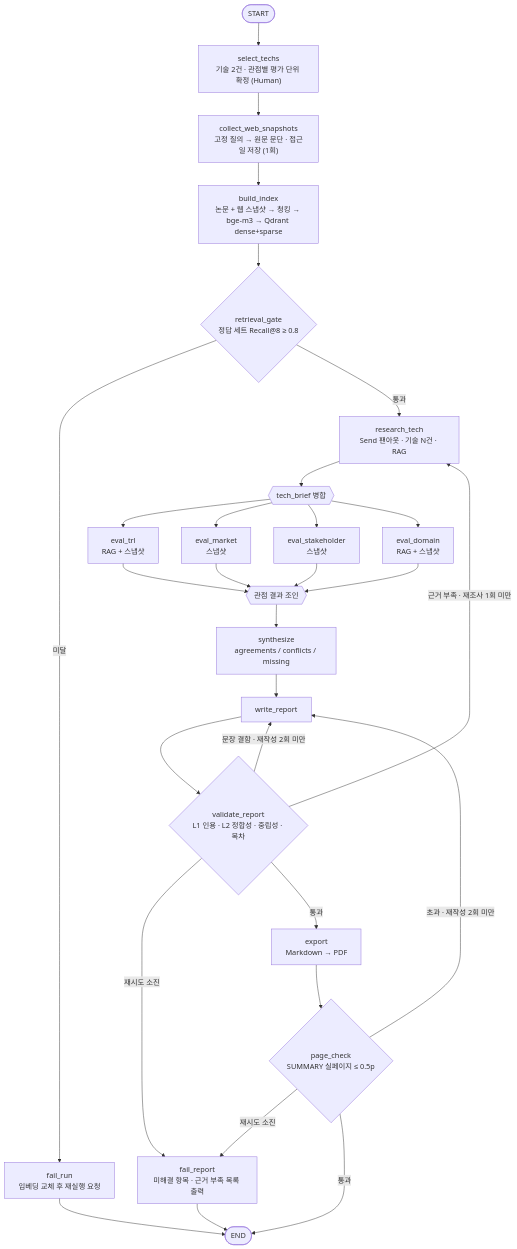
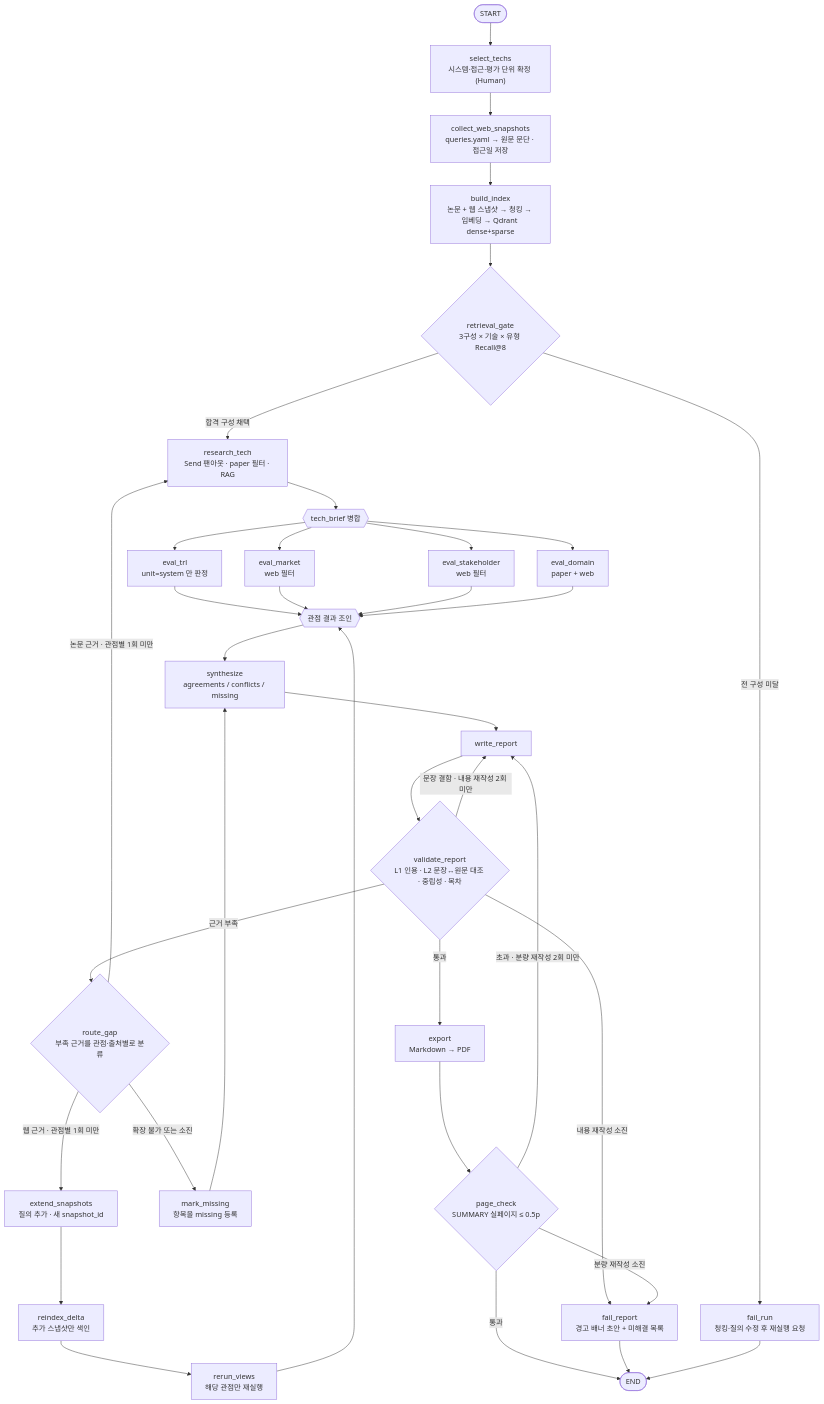
The diagram in docs/kv-cache-rag/설계산출물.md (zzl-hyun/I-Dont-Know-Seoul), drawn with Mermaid before and after one commit. The commit also changed other lines of this file, not shown here.

First line of the commit message:
docs(kv-cache-rag): 2차 검토의 닫히지 않은 구멍을 v3 에서 막는다

````diff
--- a/docs/kv-cache-rag/설계산출물.md
+++ b/docs/kv-cache-rag/설계산출물.md
@@ -403,38 +476,47 @@
 ```mermaid
 flowchart TD
-    S([START]) --> SEL["select_techs<br/>기술 2건 · 관점별 평가 단위 확정 (Human)"]
-    SEL --> SNAP["collect_web_snapshots<br/>고정 질의 → 원문 문단 · 접근일 저장 (1회)"]
-    SNAP --> IDX["build_index<br/>논문 + 웹 스냅샷 → 청킹 → bge-m3 → Qdrant dense+sparse"]
-    IDX --> GATE{"retrieval_gate<br/>정답 세트 Recall@8 ≥ 0.8"}
+    S([START]) --> SEL["select_techs<br/>시스템·접근·평가 단위 확정 (Human)"]
+    SEL --> SNAP["collect_web_snapshots<br/>queries.yaml → 원문 문단 · 접근일 저장"]
+    SNAP --> IDX["build_index<br/>논문 + 웹 스냅샷 → 청킹 → 임베딩 → Qdrant dense+sparse"]
+    IDX --> GATE{"retrieval_gate<br/>3구성 × 기술 × 유형 Recall@8"}
 
-    GATE -- "미달" --> FL["fail_run<br/>임베딩 교체 후 재실행 요청"]
-    GATE -- "통과" --> RT["research_tech<br/>Send 팬아웃 · 기술 N건 · RAG"]
+    GATE -- "전 구성 미달" --> FL["fail_run<br/>청킹·질의 수정 후 재실행 요청"]
+    GATE -- "합격 구성 채택" --> RT["research_tech<br/>Send 팬아웃 · paper 필터 · RAG"]
 
     RT --> JB{{"tech_brief 병합"}}
-    JB --> V1["eval_trl<br/>RAG + 스냅샷"]
-    JB --> V2["eval_market<br/>스냅샷"]
-    JB --> V3["eval_stakeholder<br/>스냅샷"]
-    JB --> V4["eval_domain<br/>RAG + 스냅샷"]
+    JB --> V1["eval_trl<br/>unit=system 만 판정"]
+    JB --> V2["eval_market<br/>web 필터"]
+    JB --> V3["eval_stakeholder<br/>web 필터"]
+    JB --> V4["eval_domain<br/>paper + web"]
 
     V1 --> JV{{"관점 결과 조인"}}
     V2 --> JV
     V3 --> JV
     V4 --> JV
 
     JV --> SY["synthesize<br/>agreements / conflicts / missing"]
     SY --> WR["write_report"]
-    WR --> VA{"validate_report<br/>L1 인용 · L2 정합성 · 중립성 · 목차"}
+    WR --> VA{"validate_report<br/>L1 인용 · L2 문장↔원문 대조 · 중립성 · 목차"}
 
-    VA -- "문장 결함 · 재작성 2회 미만" --> WR
-    VA -- "근거 부족 · 재조사 1회 미만" --> RT
-    VA -- "재시도 소진" --> FR["fail_report<br/>미해결 항목 · 근거 부족 목록 출력"]
+    VA -- "문장 결함 · 내용 재작성 2회 미만" --> WR
+    VA -- "근거 부족" --> GAP{"route_gap<br/>부족 근거를 관점·출처별로 분류"}
+    VA -- "내용 재작성 소진" --> FR["fail_report<br/>경고 배너 초안 + 미해결 목록"]
     VA -- "통과" --> EX["export<br/>Markdown → PDF"]
 
+    GAP -- "논문 근거 · 관점별 1회 미만" --> RT
+    GAP -- "웹 근거 · 관점별 1회 미만" --> SX["extend_snapshots<br/>질의 추가 · 새 snapshot_id"]
+    GAP -- "확장 불가 또는 소진" --> MS["mark_missing<br/>항목을 missing 등록"]
+
+    SX --> RIX["reindex_delta<br/>추가 스냅샷만 색인"]
+    RIX --> RV["rerun_views<br/>해당 관점만 재실행"]
+    RV --> JV
+    MS --> SY
+
     EX --> PG{"page_check<br/>SUMMARY 실페이지 ≤ 0.5p"}
-    PG -- "초과 · 재작성 2회 미만" --> WR
-    PG -- "재시도 소진" --> FR
+    PG -- "초과 · 분량 재작성 2회 미만" --> WR
+    PG -- "분량 재작성 소진" --> FR
     PG -- "통과" --> E([END])
 
     FR --> E
     FL --> E
 ```
````
